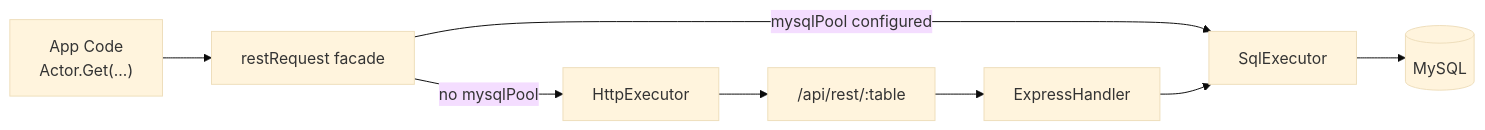
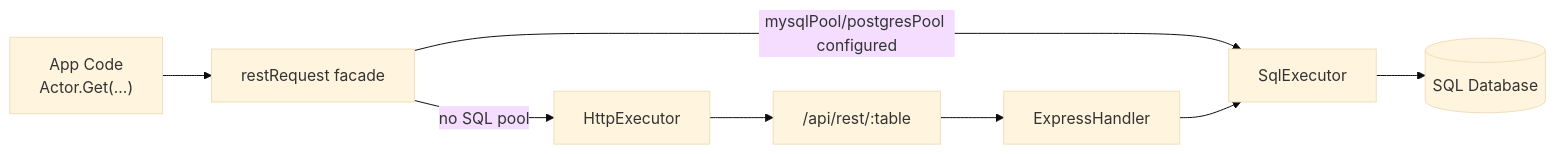
Before and after one commit to CarbonORM/CarbonNode: the diagram in README.md, drawn with Mermaid (base theme). The commit also changed other lines of this file and 40 other files, not shown here.

````diff
--- a/README.md
+++ b/README.md
@@ -263,7 +280,7 @@
 ```mermaid
 flowchart LR
     Client["App Code\nActor.Get(...)"] --> Request["restRequest facade"]
-    Request -->|"mysqlPool configured"| SQL["SqlExecutor"] --> DB[("MySQL")]
-    Request -->|"no mysqlPool"| HTTP["HttpExecutor"] --> REST["/api/rest/:table"]
+    Request -->|"mysqlPool/postgresPool configured"| SQL["SqlExecutor"] --> DB[("SQL Database")]
+    Request -->|"no SQL pool"| HTTP["HttpExecutor"] --> REST["/api/rest/:table"]
     REST --> Express["ExpressHandler"] --> SQL
 ```
````
